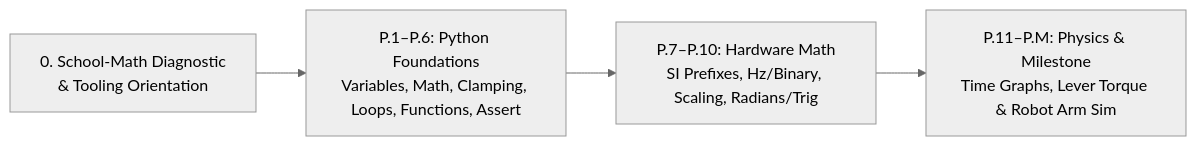
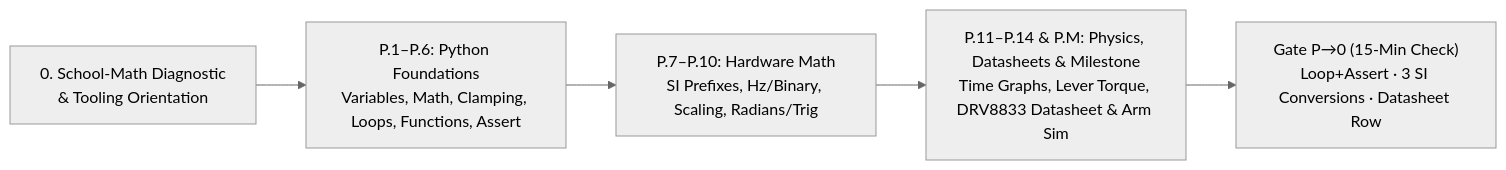
One commit to TLE47/Mechatronics-Roadmap changed the diagram in track-p/README.md. Above: the diagram before and after it, drawn with Mermaid (neutral theme). The commit also changed other lines of this file and 35 other files, not shown here.

````diff
--- a/track-p/README.md
+++ b/track-p/README.md
@@ -5,6 +5,7 @@
 ```mermaid
 flowchart LR
     Diag["0. School-Math Diagnostic<br/>& Tooling Orientation"] --> Py["P.1–P.6: Python Foundations<br/>Variables, Math, Clamping, Loops, Functions, Assert"]
     Py --> Math["P.7–P.10: Hardware Math<br/>SI Prefixes, Hz/Binary, Scaling, Radians/Trig"]
-    Math --> Phys["P.11–P.M: Physics & Milestone<br/>Time Graphs, Lever Torque & Robot Arm Sim"]
+    Math --> Phys["P.11–P.14 & P.M: Physics, Datasheets & Milestone<br/>Time Graphs, Lever Torque, DRV8833 Datasheet & Arm Sim"]
+    Phys --> GateP0["Gate P→0 (15-Min Check)<br/>Loop+Assert · 3 SI Conversions · Datasheet Row"]
 ```
````
